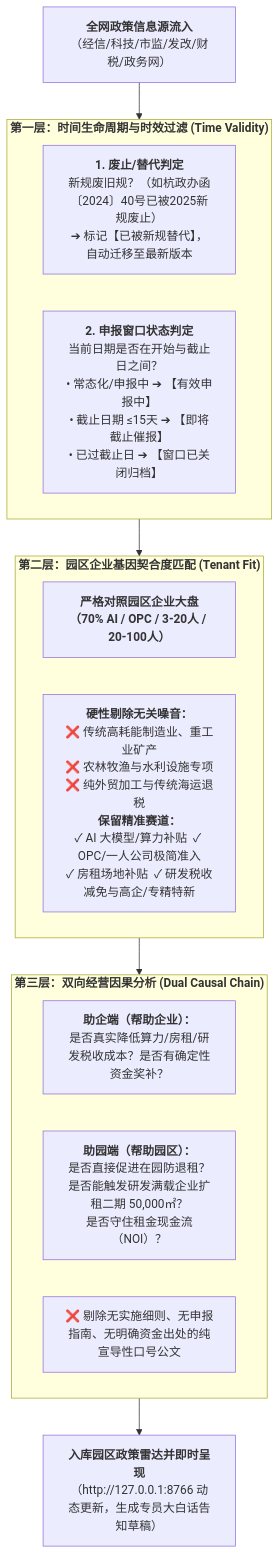
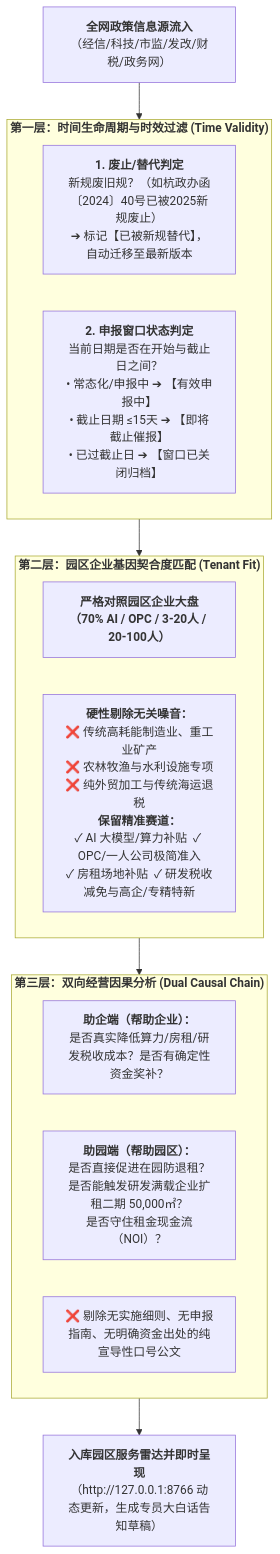
One commit to Alphaxiaoteng/AlphaFDE-Studio changed the diagram in POLICY_COLLECTION_SOP.md. Above: the diagram before and after it, drawn with Mermaid. The commit also changed 38 other files, not shown here.

````diff
--- a/POLICY_COLLECTION_SOP.md
+++ b/POLICY_COLLECTION_SOP.md
@@ -13,26 +13,26 @@
 ```mermaid
 flowchart TD
     RAW["<b>全网政策信息源流入</b><br/>（经信/科技/市监/发改/财税/政务网）"] --> L1
 
     subgraph L1 ["<b>第一层：时间生命周期与时效过滤 (Time Validity)</b>"]
         L1_A["<b>1. 废止/替代判定</b><br/>新规废旧规？（如杭政办函〔2024〕40号已被2025新规废止）<br/>➔ 标记【已被新规替代】，自动迁移至最新版本"]
         L1_B["<b>2. 申报窗口状态判定</b><br/>当前日期是否在开始与截止日之间？<br/>• 常态化/申报中 ➔ 【有效申报中】<br/>• 截止日期 ≤15天 ➔ 【即将截止催报】<br/>• 已过截止日 ➔ 【窗口已关闭归档】"]
     end
 
     L1 --> L2
 
     subgraph L2 ["<b>第二层：园区企业基因契合度匹配 (Tenant Fit)</b>"]
         L2_A["<b>严格对照园区企业大盘（70% AI / OPC / 3-20人 / 20-100人）</b>"]
         L2_B["<b>硬性剔除无关噪音：</b><br/>❌ 传统高耗能制造业、重工业矿产<br/>❌ 农林牧渔与水利设施专项<br/>❌ 纯外贸加工与传统海运退税<br/><b>保留精准赛道：</b><br/>✓ AI 大模型/算力补贴  ✓ OPC/一人公司极简准入<br/>✓ 房租场地补贴  ✓ 研发税收减免与高企/专精特新"]
     end
 
     L2 --> L3
 
     subgraph L3 ["<b>第三层：双向经营因果分析 (Dual Causal Chain)</b>"]
         L3_A["<b>助企端（帮助企业）：</b><br/>是否真实降低算力/房租/研发税收成本？是否有确定性资金奖补？"]
         L3_B["<b>助园端（帮助园区）：</b><br/>是否直接促进在园防退租？是否能触发研发满载企业扩租二期 50,000㎡？<br/>是否守住租金现金流（NOI）？"]
         L3_C["❌ 剔除无实施细则、无申报指南、无明确资金出处的纯宣导性口号公文"]
     end
 
-    L3 --> OUT["<b>入库园区政策雷达并即时呈现</b><br/>（http://127.0.0.1:8766 动态更新，生成专员大白话告知草稿）"]
+    L3 --> OUT["<b>入库园区服务雷达并即时呈现</b><br/>（http://127.0.0.1:8766 动态更新，生成专员大白话告知草稿）"]
 ```
````
